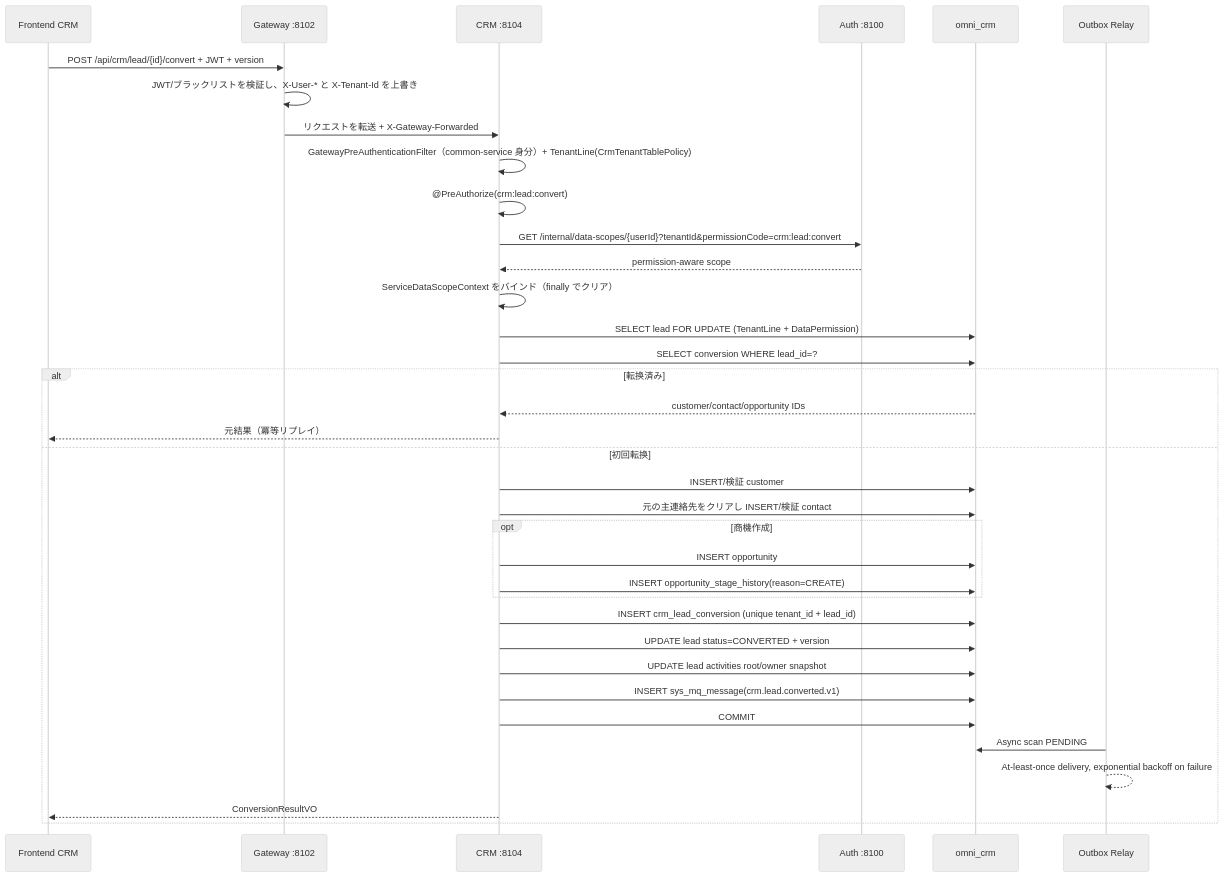
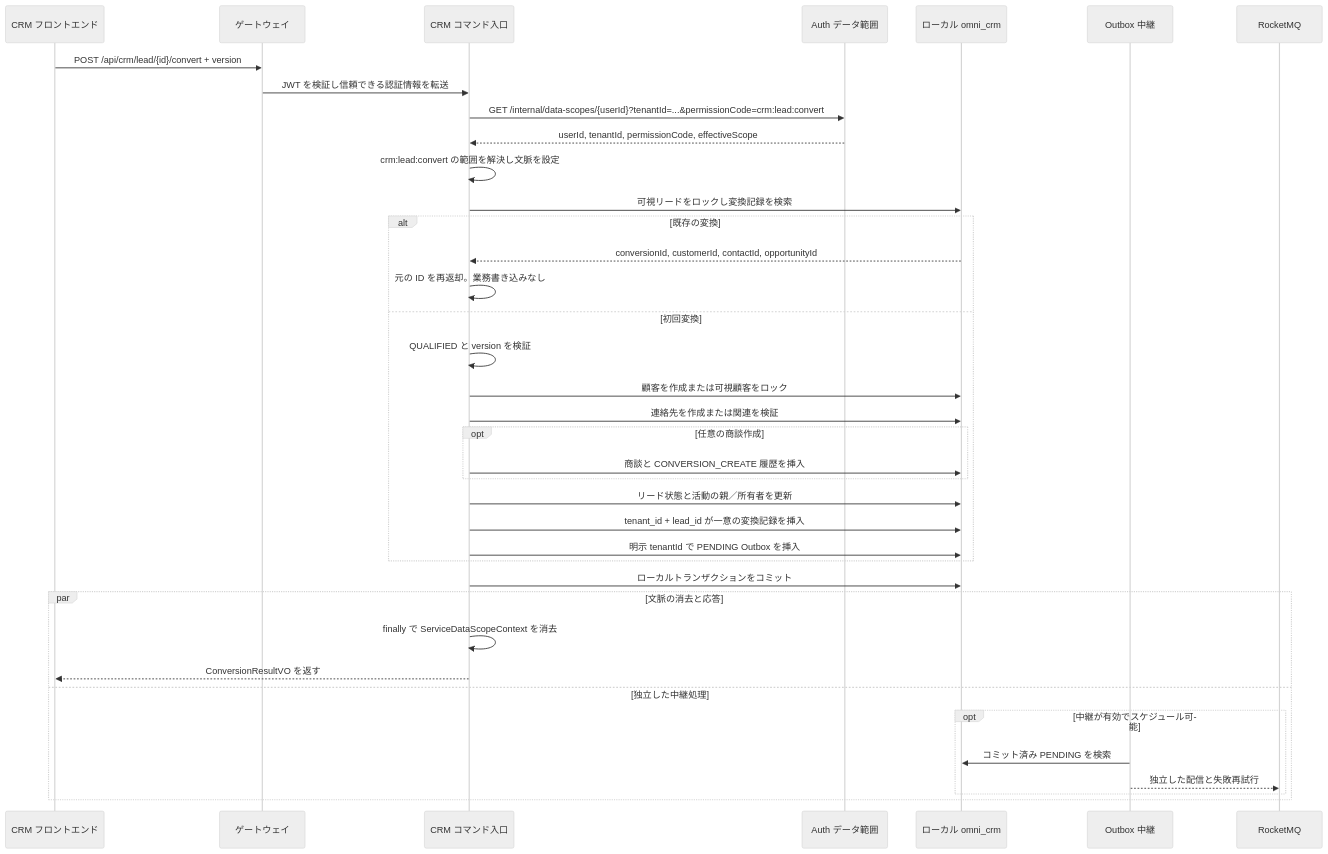
One commit to wang-baohai/Omni-Stack changed diagram 14 of 21 in docs/core-flows.jp.md. Above: the diagram before and after it, drawn with Mermaid (neutral theme). The commit also changed other lines of this file and 1095 other files, not shown here.

````diff
--- a/docs/core-flows.jp.md
+++ b/docs/core-flows.jp.md
@@ -1518,39 +1230,40 @@
 ```mermaid
 sequenceDiagram
-    participant F as Frontend CRM
-    participant G as Gateway :8102
-    participant C as CRM :8104
-    participant A as Auth :8100
-    participant DB as omni_crm
-    participant MQ as Outbox Relay
-
-    F->>G: POST /api/crm/lead/{id}/convert + JWT + version
-    G->>G: JWT/ブラックリストを検証し、X-User-* と X-Tenant-Id を上書き
-    G->>C: リクエストを転送 + X-Gateway-Forwarded
-    C->>C: GatewayPreAuthenticationFilter（common-service 身分）+ TenantLine(CrmTenantTablePolicy)
-    C->>C: @PreAuthorize(crm:lead:convert)
-    C->>A: GET /internal/data-scopes/{userId}?tenantId&permissionCode=crm:lead:convert
-    A-->>C: permission-aware scope
-    C->>C: ServiceDataScopeContext をバインド（finally でクリア）
-    C->>DB: SELECT lead FOR UPDATE (TenantLine + DataPermission)
-    C->>DB: SELECT conversion WHERE lead_id=?
-    alt 転换済み
-        DB-->>C: customer/contact/opportunity IDs
-        C-->>F: 元結果（冪等リプレイ）
-    else 初回転换
-        C->>DB: INSERT/検証 customer
-        C->>DB: 元の主連絡先をクリアし INSERT/検証 contact
-        opt 商機作成
-            C->>DB: INSERT opportunity
-            C->>DB: INSERT opportunity_stage_history(reason=CREATE)
+    participant F as CRM フロントエンド
+    participant G as ゲートウェイ
+    participant C as CRM コマンド入口
+    participant A as Auth データ範囲
+    participant D as ローカル omni_crm
+    participant R as Outbox 中継
+    participant Q as RocketMQ
+    F->>G: POST /api/crm/lead/{id}/convert + version
+    G->>C: JWT を検証し信頼できる認証情報を転送
+    C->>A: GET /internal/data-scopes/{userId}?tenantId=...&permissionCode=crm:lead:convert
+    A-->>C: userId, tenantId, permissionCode, effectiveScope
+    C->>C: crm:lead:convert の範囲を解決し文脈を設定
+    C->>D: 可視リードをロックし変換記録を検索
+    alt 既存の変換
+        D-->>C: conversionId, customerId, contactId, opportunityId
+        C->>C: 元の ID を再返却。業務書き込みなし
+    else 初回変換
+        C->>C: QUALIFIED と version を検証
+        C->>D: 顧客を作成または可視顧客をロック
+        C->>D: 連絡先を作成または関連を検証
+        opt 任意の商談作成
+            C->>D: 商談と CONVERSION_CREATE 履歴を挿入
         end
-        C->>DB: INSERT crm_lead_conversion (unique tenant_id + lead_id)
-        C->>DB: UPDATE lead status=CONVERTED + version
-        C->>DB: UPDATE lead activities root/owner snapshot
-        C->>DB: INSERT sys_mq_message(crm.lead.converted.v1)
-        C->>DB: COMMIT
-        MQ->>DB: Async scan PENDING
-        MQ-->>MQ: At-least-once delivery, exponential backoff on failure
-        C-->>F: ConversionResultVO
+        C->>D: リード状態と活動の親／所有者を更新
+        C->>D: tenant_id + lead_id が一意の変換記録を挿入
+        C->>D: 明示 tenantId で PENDING Outbox を挿入
+    end
+    C->>D: ローカルトランザクションをコミット
+    par 文脈の消去と応答
+        C->>C: finally で ServiceDataScopeContext を消去
+        C-->>F: ConversionResultVO を返す
+    and 独立した中継処理
+        opt 中継が有効でスケジュール可能
+            R->>D: コミット済み PENDING を検索
+            R-->>Q: 独立した配信と失敗再試行
+        end
     end
 ```
````
